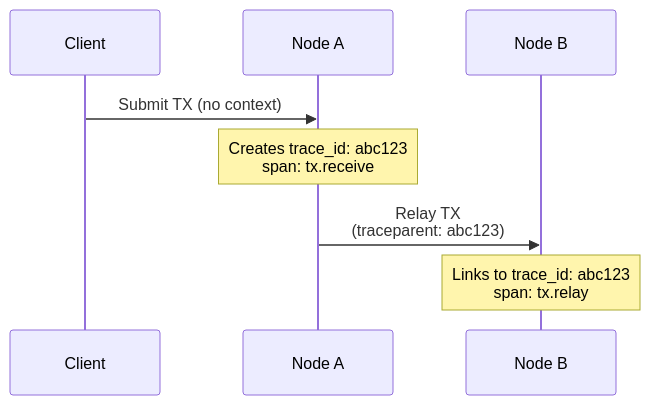
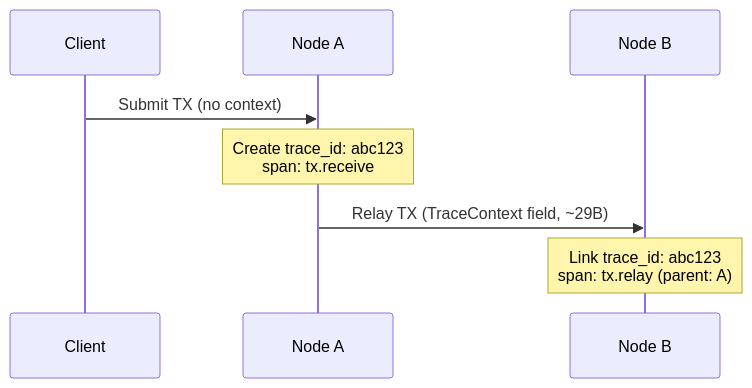
The third of 6 diagrams in OpenTelemetryPlan/presentation.md (XRPLF/rippled), drawn with Mermaid before and after one commit. The commit also changed other lines of this file, not shown here.

````diff
--- a/OpenTelemetryPlan/presentation.md
+++ b/OpenTelemetryPlan/presentation.md
@@ -246,11 +157,11 @@
 ```mermaid
 sequenceDiagram
     participant Client
     participant NodeA as Node A
     participant NodeB as Node B
 
     Client->>NodeA: Submit TX (no context)
-    Note over NodeA: Creates trace_id: abc123<br/>span: tx.receive
-    NodeA->>NodeB: Relay TX<br/>(traceparent: abc123)
-    Note over NodeB: Links to trace_id: abc123<br/>span: tx.relay
+    Note over NodeA: Create trace_id: abc123<br/>span: tx.receive
+    NodeA->>NodeB: Relay TX (TraceContext field, ~29B)
+    Note over NodeB: Link trace_id: abc123<br/>span: tx.relay (parent: A)
 ```
````
